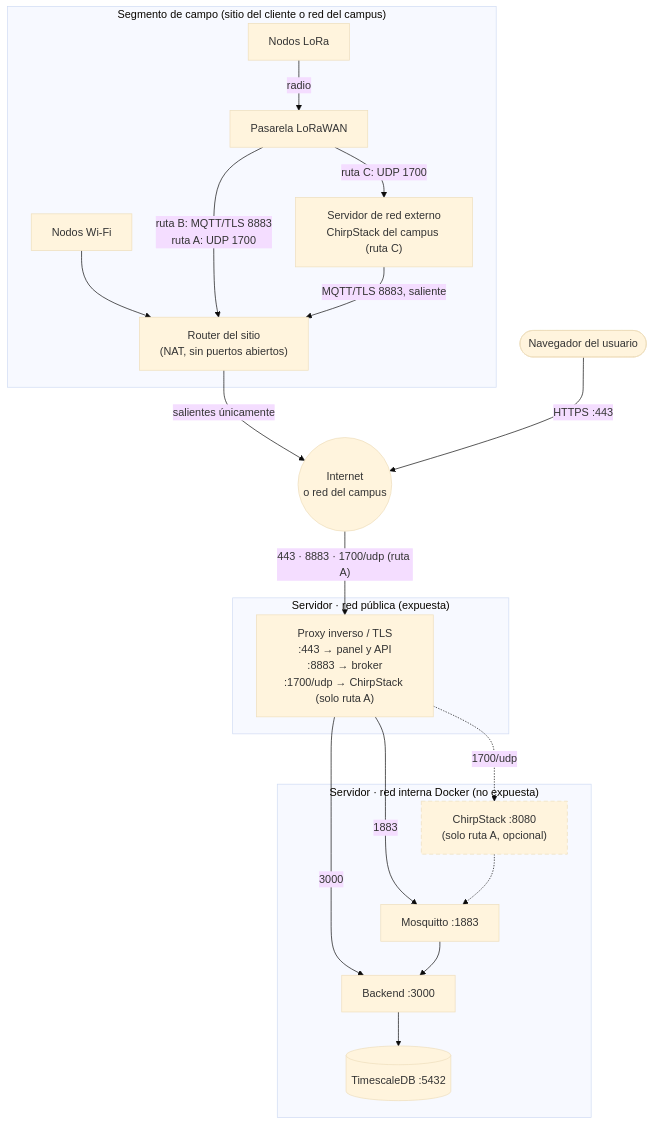
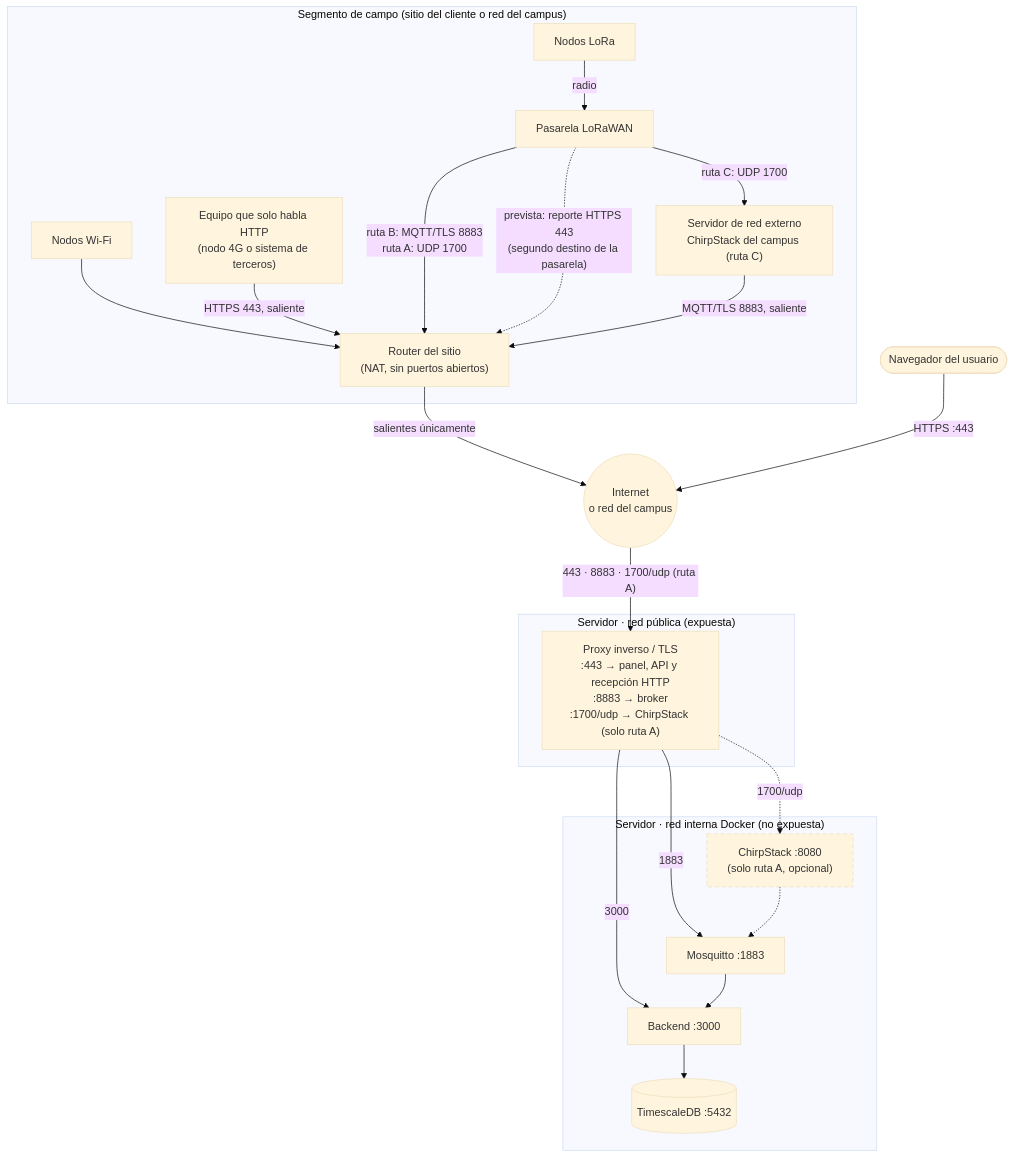
Before and after one commit to vicenterami/tesis: the diagram in informe-oficial/figuras/mermaid/red.mmd, drawn with Mermaid (base theme). The commit also changed 52 other files, not shown here.

```diff
--- a/informe-oficial/figuras/mermaid/red.mmd
+++ b/informe-oficial/figuras/mermaid/red.mmd
@@ -1,34 +1,36 @@
 flowchart TB
     subgraph CAMPO["Segmento de campo (sitio del cliente o red del campus)"]
         S1["Nodos LoRa"] -- radio --> G["Pasarela LoRaWAN"]
         S2["Nodos Wi-Fi"] --> R["Router del sitio\n(NAT, sin puertos abiertos)"]
+        S3["Equipo que solo habla HTTP\n(nodo 4G o sistema de terceros)"] -- "HTTPS 443, saliente" --> R
         G -- "ruta B: MQTT/TLS 8883\nruta A: UDP 1700" --> R
+        G -. "prevista: reporte HTTPS 443\n(segundo destino de la pasarela)" .-> R
         G -- "ruta C: UDP 1700" --> NSE["Servidor de red externo\nChirpStack del campus (ruta C)"]
         NSE -- "MQTT/TLS 8883, saliente" --> R
     end
 
     INET(("Internet\no red del campus"))
 
     subgraph DMZ["Servidor · red pública (expuesta)"]
-        RP["Proxy inverso / TLS\n:443 → panel y API\n:8883 → broker\n:1700/udp → ChirpStack (solo ruta A)"]
+        RP["Proxy inverso / TLS\n:443 → panel, API y recepción HTTP\n:8883 → broker\n:1700/udp → ChirpStack (solo ruta A)"]
     end
 
     subgraph INT["Servidor · red interna Docker (no expuesta)"]
         MQ["Mosquitto :1883"]
         BE["Backend :3000"]
         DB[("TimescaleDB :5432")]
         CS["ChirpStack :8080\n(solo ruta A, opcional)"]
     end
 
     R -- "salientes únicamente" --> INET
     INET -- "443 · 8883 · 1700/udp (ruta A)" --> RP
     RP -- "1883" --> MQ
     RP -- "3000" --> BE
     RP -. "1700/udp" .-> CS
     CS -.-> MQ
     MQ --> BE
     BE --> DB
 
     NAV(["Navegador del usuario"]) -- "HTTPS :443" --> INET
     classDef opcional stroke-dasharray:6 4
     class CS opcional
```
